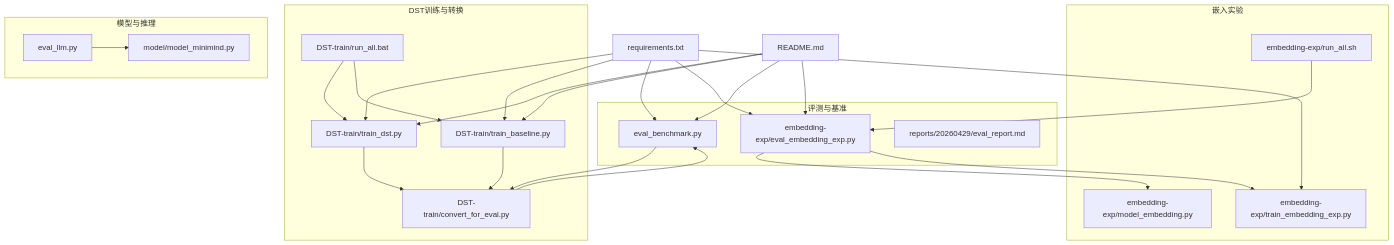
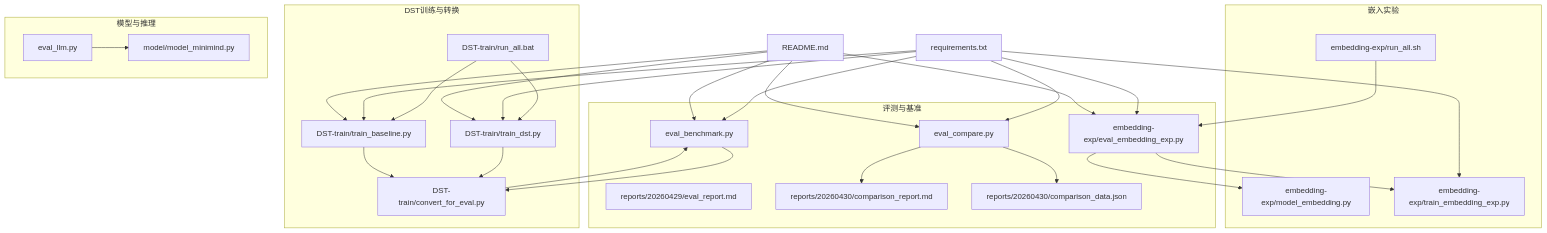
The first of 7 diagrams in .qoder/repowiki/zh/content/实验与评估/实验与评估.md (shiyukonghui/minimind), drawn with Mermaid before and after one commit. The commit also changed other lines of this file and 5 other files, not shown here.

````diff
--- a/.qoder/repowiki/zh/content/实验与评估/实验与评估.md
+++ b/.qoder/repowiki/zh/content/实验与评估/实验与评估.md
@@ -46,44 +51,51 @@
 ```mermaid
 graph TB
 subgraph "评测与基准"
 EB["eval_benchmark.py"]
+EC["eval_compare.py"]
 EE["embedding-exp/eval_embedding_exp.py"]
 REP["reports/20260429/eval_report.md"]
+CR["reports/20260430/comparison_report.md"]
+CD["reports/20260430/comparison_data.json"]
 end
 subgraph "嵌入实验"
 MEM["embedding-exp/model_embedding.py"]
 MET["embedding-exp/train_embedding_exp.py"]
 RAS["embedding-exp/run_all.sh"]
 end
 subgraph "DST训练与转换"
 TBL["DST-train/train_baseline.py"]
 TDST["DST-train/train_dst.py"]
 CONV["DST-train/convert_for_eval.py"]
 RAB["DST-train/run_all.bat"]
 end
 subgraph "模型与推理"
 MM["model/model_minimind.py"]
 ELLM["eval_llm.py"]
 end
 REQ["requirements.txt"]
 RM["README.md"]
 EB --> CONV
+EC --> CR
+EC --> CD
 EE --> MEM
 EE --> MET
 TDST --> CONV
 TBL --> CONV
 CONV --> EB
 RAS --> EE
 RAB --> TDST
 RAB --> TBL
 ELLM --> MM
 REQ --> EB
+REQ --> EC
 REQ --> EE
 REQ --> TDST
 REQ --> TBL
 REQ --> MET
 RM --> EB
+RM --> EC
 RM --> EE
 RM --> TDST
 RM --> TBL
 ```
````
